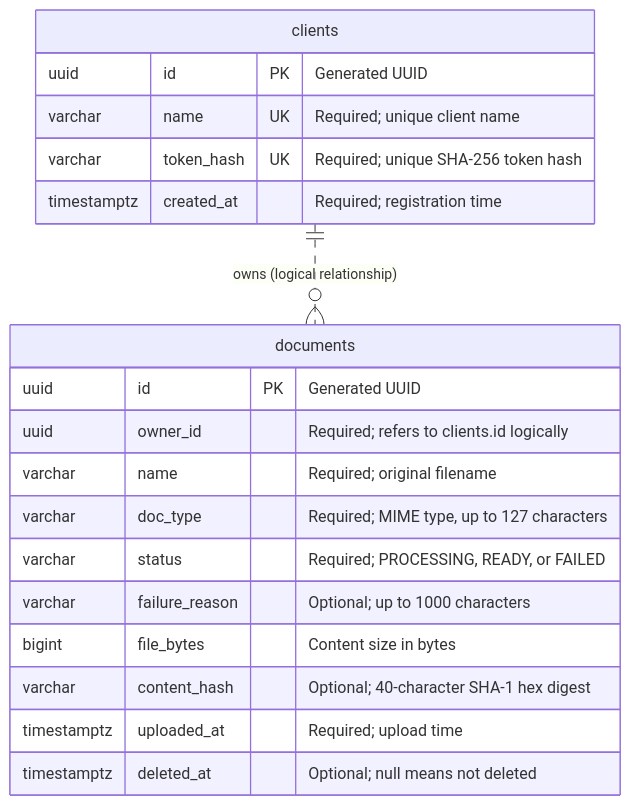
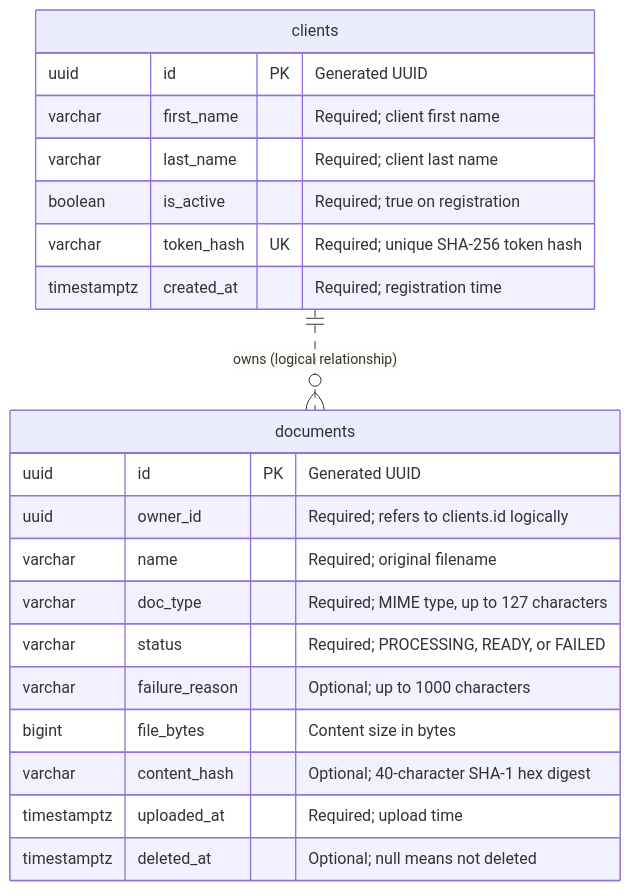
The second of 2 diagrams in README.md (ishan-akhouri/knowledgeDrop), drawn with Mermaid before and after one commit. The commit also changed other lines of this file and 9 other files, not shown here.

````diff
--- a/README.md
+++ b/README.md
@@ -64,24 +64,26 @@
 ```mermaid
 erDiagram
     clients ||..o{ documents : "owns (logical relationship)"
 
     clients {
         uuid id PK "Generated UUID"
-        varchar name UK "Required; unique client name"
+        varchar first_name "Required; client first name"
+        varchar last_name "Required; client last name"
+        boolean is_active "Required; true on registration"
         varchar token_hash UK "Required; unique SHA-256 token hash"
         timestamptz created_at "Required; registration time"
     }
 
     documents {
         uuid id PK "Generated UUID"
         uuid owner_id "Required; refers to clients.id logically"
         varchar name "Required; original filename"
         varchar doc_type "Required; MIME type, up to 127 characters"
         varchar status "Required; PROCESSING, READY, or FAILED"
         varchar failure_reason "Optional; up to 1000 characters"
         bigint file_bytes "Content size in bytes"
         varchar content_hash "Optional; 40-character SHA-1 hex digest"
         timestamptz uploaded_at "Required; upload time"
         timestamptz deleted_at "Optional; null means not deleted"
     }
 ```
````
